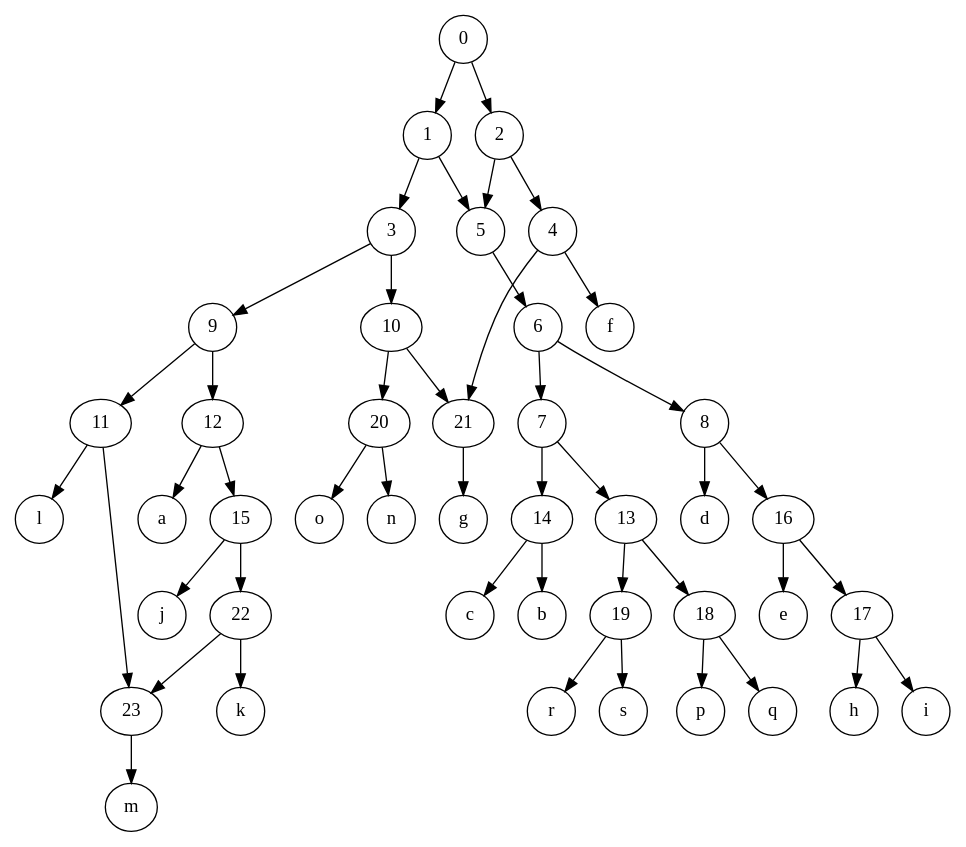
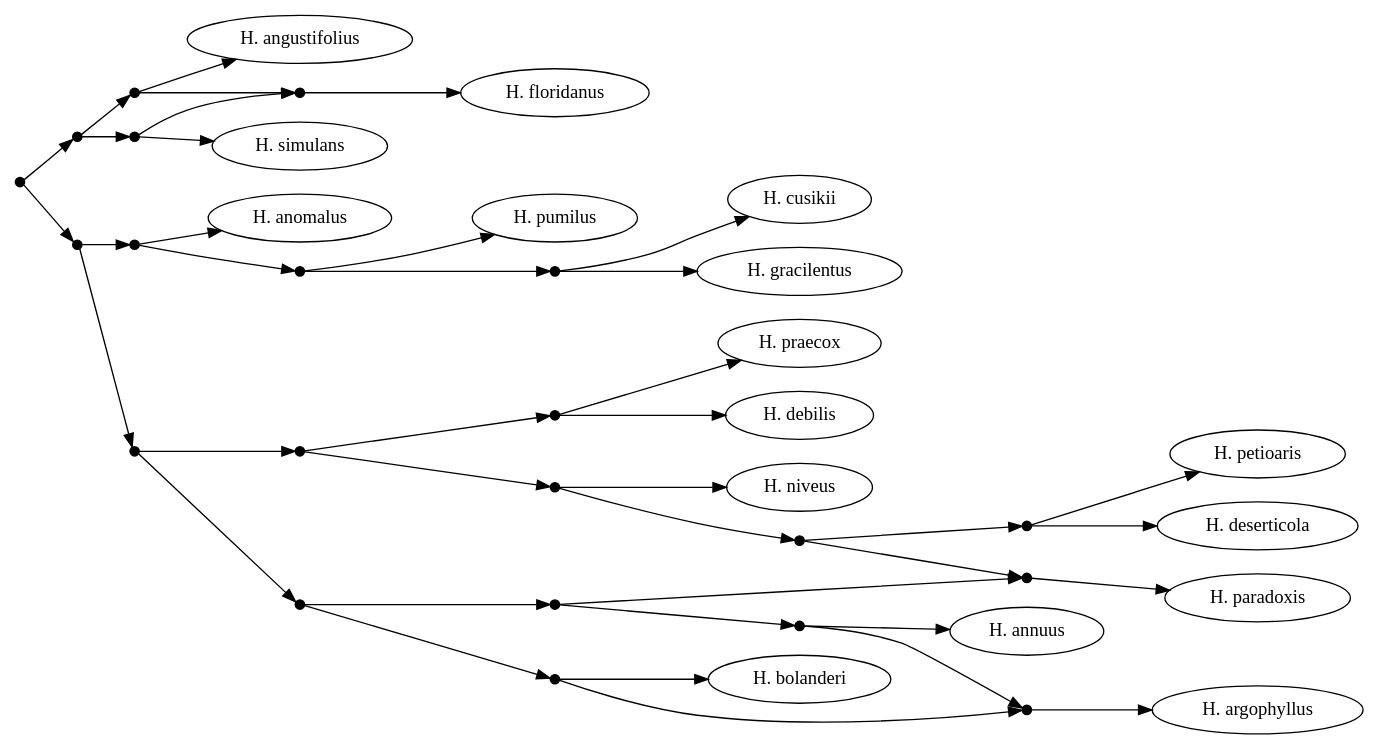
Before and after one commit to KSjors/TriL2Net: the diagram in Digraph.gv, drawn with Graphviz. The commit also changed 8 other files, not shown here.

```diff
--- a/Digraph.gv
+++ b/Digraph.gv
@@ -1,91 +1,79 @@
 digraph {
-	graph [rankdir=TB]
-	0 [label=0 height=0.5 width=0.5]
-	1 [label=1 height=0.5 width=0.5]
-	2 [label=2 height=0.5 width=0.5]
-	3 [label=3 height=0.5 width=0.5]
-	4 [label=4 height=0.5 width=0.5]
-	5 [label=5 height=0.5 width=0.5]
-	6 [label=6 height=0.5 width=0.5]
-	7 [label=7 height=0.5 width=0.5]
-	8 [label=8 height=0.5 width=0.5]
-	9 [label=9 height=0.5 width=0.5]
-	10 [label=10 height=0.5 width=0.5]
-	11 [label=11 height=0.5 width=0.5]
-	12 [label=12 height=0.5 width=0.5]
-	13 [label=13 height=0.5 width=0.5]
-	14 [label=14 height=0.5 width=0.5]
-	15 [label=15 height=0.5 width=0.5]
-	16 [label=16 height=0.5 width=0.5]
-	17 [label=17 height=0.5 width=0.5]
-	18 [label=18 height=0.5 width=0.5]
-	19 [label=19 height=0.5 width=0.5]
-	20 [label=20 height=0.5 width=0.5]
-	21 [label=21 height=0.5 width=0.5]
-	22 [label=22 height=0.5 width=0.5]
-	23 [label=23 height=0.5 width=0.5]
-	a [label=a height=0.5 width=0.5]
-	b [label=b height=0.5 width=0.5]
-	c [label=c height=0.5 width=0.5]
-	d [label=d height=0.5 width=0.5]
-	e [label=e height=0.5 width=0.5]
-	f [label=f height=0.5 width=0.5]
-	g [label=g height=0.5 width=0.5]
-	h [label=h height=0.5 width=0.5]
-	i [label=i height=0.5 width=0.5]
-	j [label=j height=0.5 width=0.5]
-	k [label=k height=0.5 width=0.5]
-	l [label=l height=0.5 width=0.5]
-	m [label=m height=0.5 width=0.5]
-	n [label=n height=0.5 width=0.5]
-	o [label=o height=0.5 width=0.5]
-	p [label=p height=0.5 width=0.5]
-	q [label=q height=0.5 width=0.5]
-	r [label=r height=0.5 width=0.5]
-	s [label=s height=0.5 width=0.5]
-	0 -> 1
+	graph [rankdir=LR]
+	"H. angustifolius" [label="H. angustifolius" height=0.5 width=0.5]
+	"H. simulans" [label="H. simulans" height=0.5 width=0.5]
+	"H. floridanus" [label="H. floridanus" height=0.5 width=0.5]
+	"H. anomalus" [label="H. anomalus" height=0.5 width=0.5]
+	"H. pumilus" [label="H. pumilus" height=0.5 width=0.5]
+	"H. cusikii" [label="H. cusikii" height=0.5 width=0.5]
+	"H. gracilentus" [label="H. gracilentus" height=0.5 width=0.5]
+	"H. praecox" [label="H. praecox" height=0.5 width=0.5]
+	"H. debilis" [label="H. debilis" height=0.5 width=0.5]
+	"H. niveus" [label="H. niveus" height=0.5 width=0.5]
+	"H. petioaris" [label="H. petioaris" height=0.5 width=0.5]
+	"H. deserticola" [label="H. deserticola" height=0.5 width=0.5]
+	"H. paradoxis" [label="H. paradoxis" height=0.5 width=0.5]
+	"H. annuus" [label="H. annuus" height=0.5 width=0.5]
+	"H. argophyllus" [label="H. argophyllus" height=0.5 width=0.5]
+	"H. bolanderi" [label="H. bolanderi" height=0.5 width=0.5]
+	0 [label="" fillcolor=black height=0.1 style=filled width=0.1]
+	2 [label="" fillcolor=black height=0.1 style=filled width=0.1]
+	3 [label="" fillcolor=black height=0.1 style=filled width=0.1]
+	4 [label="" fillcolor=black height=0.1 style=filled width=0.1]
+	5 [label="" fillcolor=black height=0.1 style=filled width=0.1]
+	12 [label="" fillcolor=black height=0.1 style=filled width=0.1]
+	13 [label="" fillcolor=black height=0.1 style=filled width=0.1]
+	14 [label="" fillcolor=black height=0.1 style=filled width=0.1]
+	15 [label="" fillcolor=black height=0.1 style=filled width=0.1]
+	16 [label="" fillcolor=black height=0.1 style=filled width=0.1]
+	17 [label="" fillcolor=black height=0.1 style=filled width=0.1]
+	18 [label="" fillcolor=black height=0.1 style=filled width=0.1]
+	19 [label="" fillcolor=black height=0.1 style=filled width=0.1]
+	20 [label="" fillcolor=black height=0.1 style=filled width=0.1]
+	21 [label="" fillcolor=black height=0.1 style=filled width=0.1]
+	22 [label="" fillcolor=black height=0.1 style=filled width=0.1]
+	23 [label="" fillcolor=black height=0.1 style=filled width=0.1]
+	24 [label="" fillcolor=black height=0.1 style=filled width=0.1]
+	25 [label="" fillcolor=black height=0.1 style=filled width=0.1]
+	26 [label="" fillcolor=black height=0.1 style=filled width=0.1]
+	27 [label="" fillcolor=black height=0.1 style=filled width=0.1]
 	0 -> 2
-	1 -> 3
-	1 -> 5
+	0 -> 12
+	2 -> 3
 	2 -> 4
-	2 -> 5
-	3 -> 9
-	3 -> 10
-	4 -> f
-	4 -> 21
-	5 -> 6
-	6 -> 7
-	6 -> 8
-	7 -> 13
-	7 -> 14
-	8 -> d
-	8 -> 16
-	9 -> 11
-	9 -> 12
-	10 -> 20
-	10 -> 21
-	11 -> l
-	11 -> 23
-	12 -> 15
-	12 -> a
-	13 -> 18
-	13 -> 19
-	14 -> b
-	14 -> c
-	15 -> j
-	15 -> 22
+	3 -> 5
+	3 -> "H. angustifolius"
+	4 -> 5
+	4 -> "H. simulans"
+	5 -> "H. floridanus"
+	12 -> 13
+	12 -> 16
+	13 -> 14
+	13 -> "H. anomalus"
+	14 -> 15
+	14 -> "H. pumilus"
+	15 -> "H. cusikii"
+	15 -> "H. gracilentus"
 	16 -> 17
-	16 -> e
-	17 -> h
-	17 -> i
-	18 -> p
-	18 -> q
-	19 -> r
-	19 -> s
-	20 -> n
-	20 -> o
-	21 -> g
-	22 -> k
-	22 -> 23
-	23 -> m
+	16 -> 23
+	17 -> 18
+	17 -> 19
+	18 -> "H. praecox"
+	18 -> "H. debilis"
+	19 -> 20
+	19 -> "H. niveus"
+	20 -> 21
+	20 -> 22
+	21 -> "H. petioaris"
+	21 -> "H. deserticola"
+	22 -> "H. paradoxis"
+	23 -> 24
+	23 -> 27
+	24 -> 22
+	24 -> 25
+	25 -> 26
+	25 -> "H. annuus"
+	26 -> "H. argophyllus"
+	27 -> 26
+	27 -> "H. bolanderi"
 }
```
